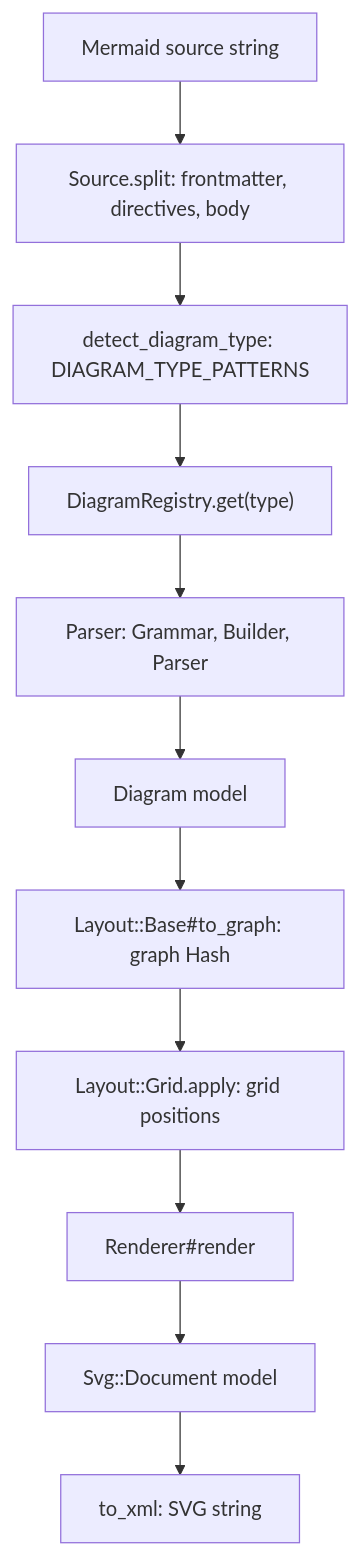
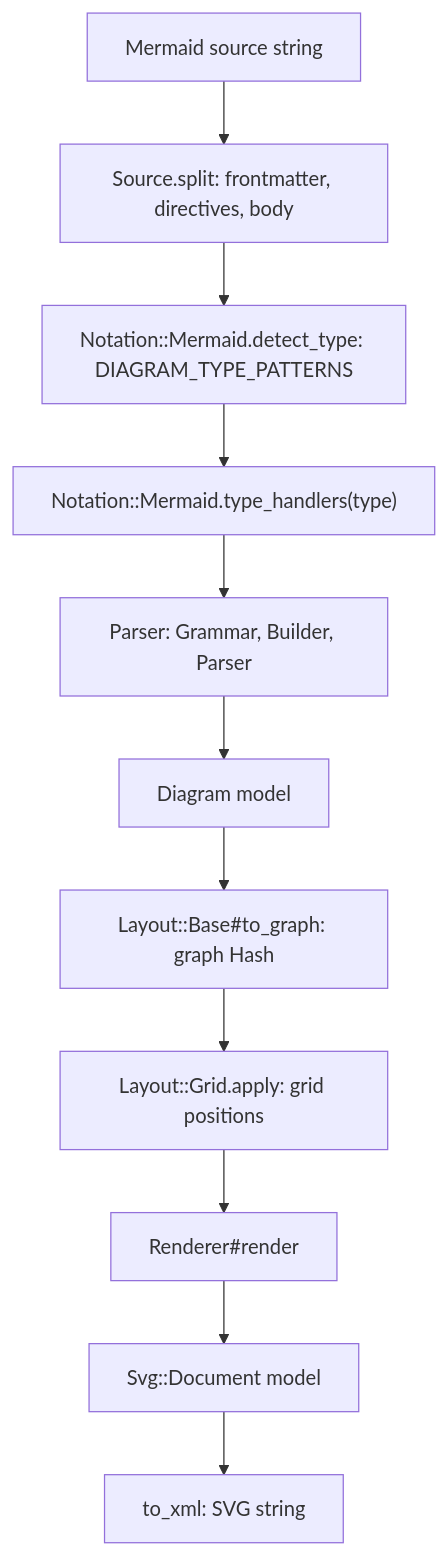
Before and after one commit to claricle/sirena: the first of 3 diagrams in ARCHITECTURE.md, drawn with Mermaid. The commit also changed other lines of this file and 16 other files, not shown here.

Commit message:
move mermaid detection into Notation::Mermaid

````diff
--- a/ARCHITECTURE.md
+++ b/ARCHITECTURE.md
@@ -31,13 +31,13 @@
 ```mermaid
 flowchart TD
     Src["Mermaid source string"] --> Split["Source.split: frontmatter, directives, body"]
-    Split --> Detect["detect_diagram_type: DIAGRAM_TYPE_PATTERNS"]
-    Detect --> Reg["DiagramRegistry.get(type)"]
+    Split --> Detect["Notation::Mermaid.detect_type: DIAGRAM_TYPE_PATTERNS"]
+    Detect --> Reg["Notation::Mermaid.type_handlers(type)"]
     Reg --> Parse["Parser: Grammar, Builder, Parser"]
     Parse --> Model["Diagram model"]
     Model --> Trans["Layout::Base#to_graph: graph Hash"]
     Trans --> Grid["Layout::Grid.apply: grid positions"]
     Grid --> Rend["Renderer#render"]
     Rend --> Svg["Svg::Document model"]
     Svg --> Xml["to_xml: SVG string"]
 ```
````
